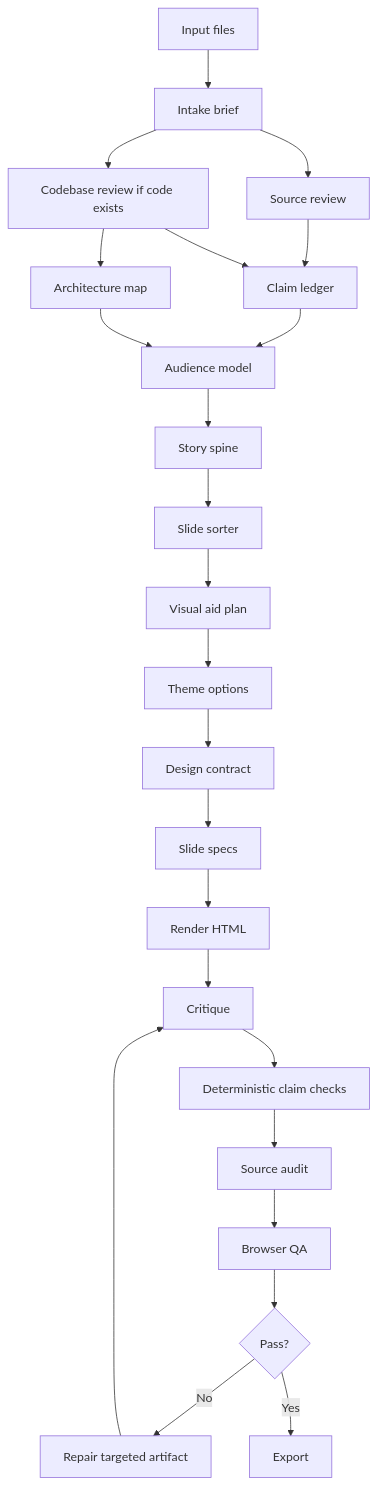
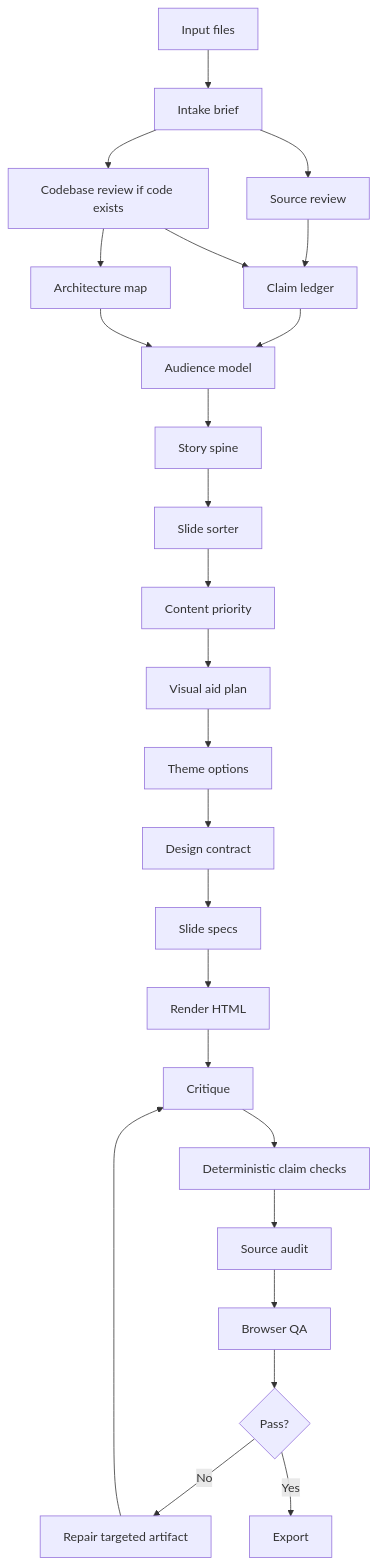
The diagram in docs/workflow.md (haomingkoo/slide-generator), drawn with Mermaid before and after one commit. The commit also changed other lines of this file and 51 other files, not shown here.

````diff
--- a/docs/workflow.md
+++ b/docs/workflow.md
@@ -7,26 +7,27 @@
 ```mermaid
 flowchart TD
   A[Input files] --> B[Intake brief]
   B --> C[Source review]
   B --> D[Codebase review if code exists]
   C --> E[Claim ledger]
   D --> E
   D --> F[Architecture map]
   E --> G[Audience model]
   F --> G
   G --> H[Story spine]
   H --> I[Slide sorter]
-  I --> J[Visual aid plan]
+  I --> V[Content priority]
+  V --> J[Visual aid plan]
   J --> K[Theme options]
   K --> U[Design contract]
   U --> L[Slide specs]
   L --> M[Render HTML]
   M --> N[Critique]
   N --> O[Deterministic claim checks]
   O --> P[Source audit]
   P --> T[Browser QA]
   T --> Q{Pass?}
   Q -->|No| R[Repair targeted artifact]
   R --> N
   Q -->|Yes| S[Export]
 ```
````
